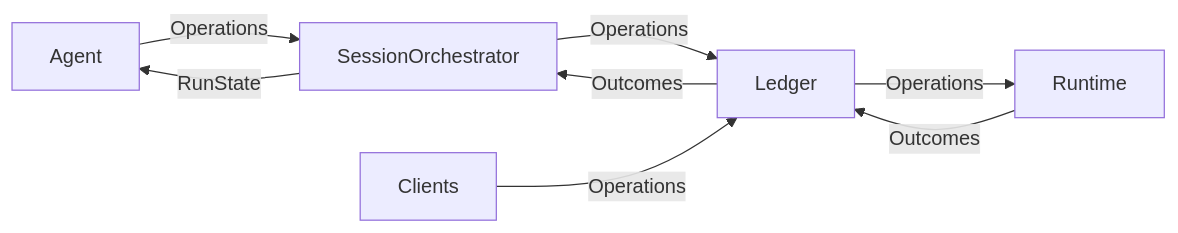
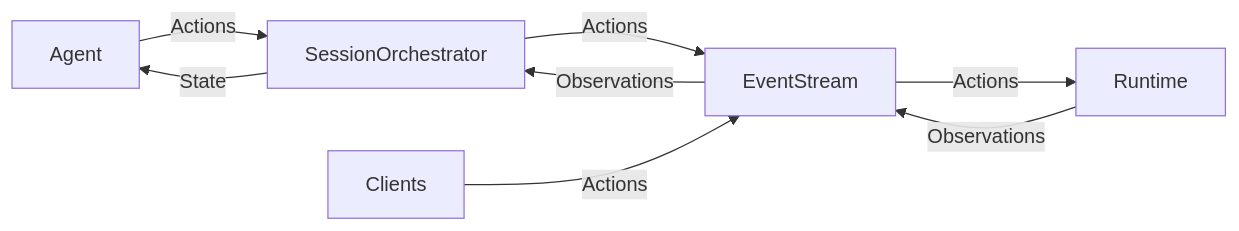
The diagram in backend/README_APP.md (josephsenior/Grinta-Agent), drawn with Mermaid before and after one commit. The commit also changed other lines of this file and 408 other files, not shown here.

Commit message:
Fix EventStream GC leaks, SQLite persistence bugs, and update test assertions

````diff
--- a/backend/README_APP.md
+++ b/backend/README_APP.md
@@ -42,10 +41,10 @@
 ```mermaid
 flowchart LR
-  Agent--Operations-->SessionOrchestrator
-  SessionOrchestrator--RunState-->Agent
-  SessionOrchestrator--Operations-->Ledger
-  Ledger--Outcomes-->SessionOrchestrator
-  Runtime--Outcomes-->Ledger
-  Ledger--Operations-->Runtime
-  Clients--Operations-->Ledger
+  Agent--Actions-->SessionOrchestrator
+  SessionOrchestrator--State-->Agent
+  SessionOrchestrator--Actions-->EventStream
+  EventStream--Observations-->SessionOrchestrator
+  Runtime--Observations-->EventStream
+  EventStream--Actions-->Runtime
+  Clients--Actions-->EventStream
 ```
````
